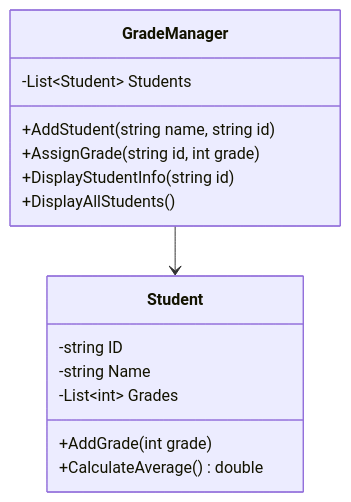
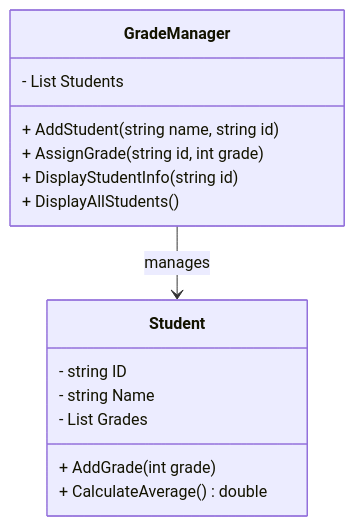
The first of 2 diagrams in README.md (zrfisaac/course.coursera-microsoft-v01), drawn with Mermaid before and after one commit. The commit also changed other lines of this file, not shown here.

Commit message:
1.0.1 : README Fix

````diff
--- a/README.md
+++ b/README.md
@@ -63,20 +63,20 @@
 ```mermaid
 classDiagram
     class Student {
-      -string ID
-      -string Name
-      -List~int~ Grades
-      +AddGrade(int grade)
-      +CalculateAverage() double
+        - string ID
+        - string Name
+        - List<int> Grades
+        + AddGrade(int grade)
+        + CalculateAverage() double
     }
 
     class GradeManager {
-      -List~Student~ Students
-      +AddStudent(string name, string id)
-      +AssignGrade(string id, int grade)
-      +DisplayStudentInfo(string id)
-      +DisplayAllStudents()
+        - List<Student> Students
+        + AddStudent(string name, string id)
+        + AssignGrade(string id, int grade)
+        + DisplayStudentInfo(string id)
+        + DisplayAllStudents()
     }
 
-    GradeManager --> Student
+    GradeManager --> Student : manages
 ```
````
